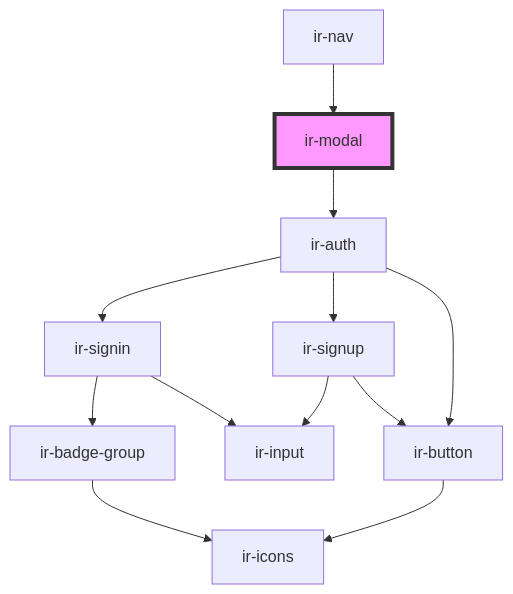
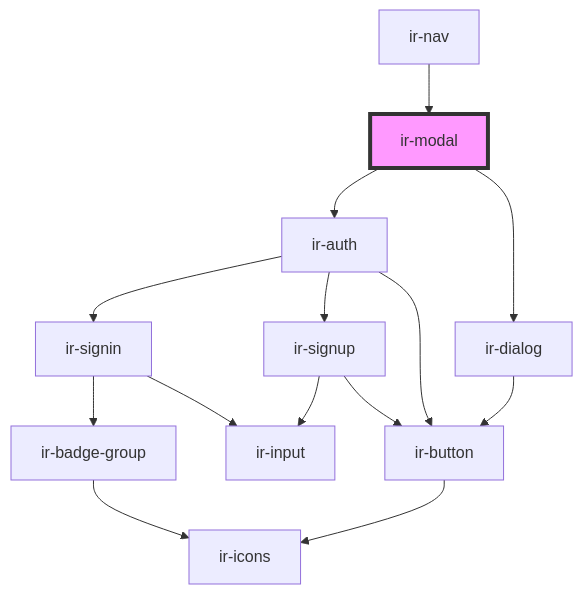
The diagram in src/components/ui/ir-modal/readme.md (RonyRizk/ir-be), drawn with Mermaid before and after one commit. The commit also changed other lines of this file and 144 other files, not shown here.

````diff
--- a/src/components/ui/ir-modal/readme.md
+++ b/src/components/ui/ir-modal/readme.md
@@ -57,15 +58,17 @@
 ```mermaid
 graph TD;
   ir-modal --> ir-auth
+  ir-modal --> ir-dialog
   ir-auth --> ir-signin
   ir-auth --> ir-signup
   ir-auth --> ir-button
   ir-signin --> ir-badge-group
   ir-signin --> ir-input
   ir-badge-group --> ir-icons
   ir-signup --> ir-input
   ir-signup --> ir-button
   ir-button --> ir-icons
+  ir-dialog --> ir-button
   ir-nav --> ir-modal
   style ir-modal fill:#f9f,stroke:#333,stroke-width:4px
 ```
````
